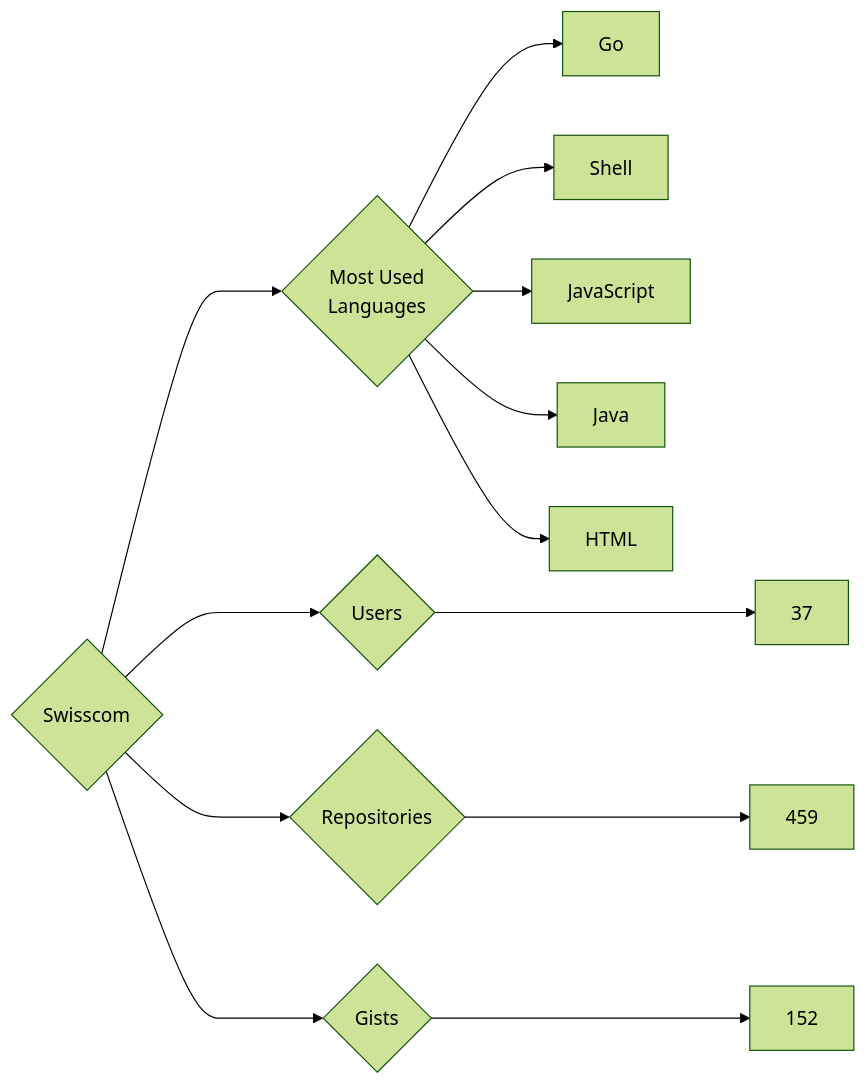
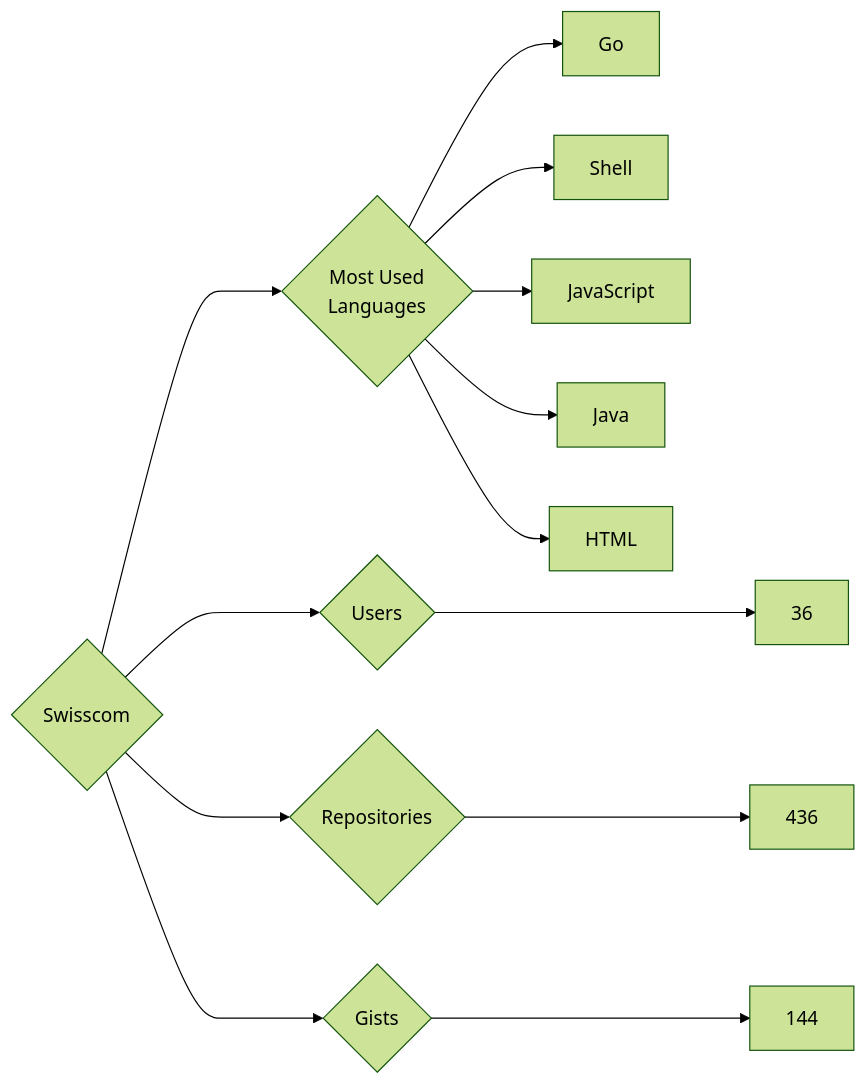
One commit to trickest/insiders changed the diagram in targets/Swisscom/README.md. Above: the diagram before and after it, drawn with Mermaid (forest theme). The commit also changed 878 other files, not shown here.

````diff
--- a/targets/Swisscom/README.md
+++ b/targets/Swisscom/README.md
@@ -3,13 +3,13 @@
 ```mermaid
 graph LR
 COMPANY_NAME{Swisscom}
-COMPANY_NAME ---> U{Users} ---> UN[37]
-COMPANY_NAME ---> R{Repositories} ---> RN[459]
-COMPANY_NAME ---> G{Gists} ---> GN[152]
+COMPANY_NAME ---> U{Users} ---> UN[36]
+COMPANY_NAME ---> R{Repositories} ---> RN[436]
+COMPANY_NAME ---> G{Gists} ---> GN[144]
 COMPANY_NAME ---> ML{Most Used<br>Languages}
 ML --> Go[Go]
 ML --> Shell[Shell]
 ML --> JavaScript[JavaScript]
 ML --> Java[Java]
 ML --> HTML[HTML]
 ```
````
